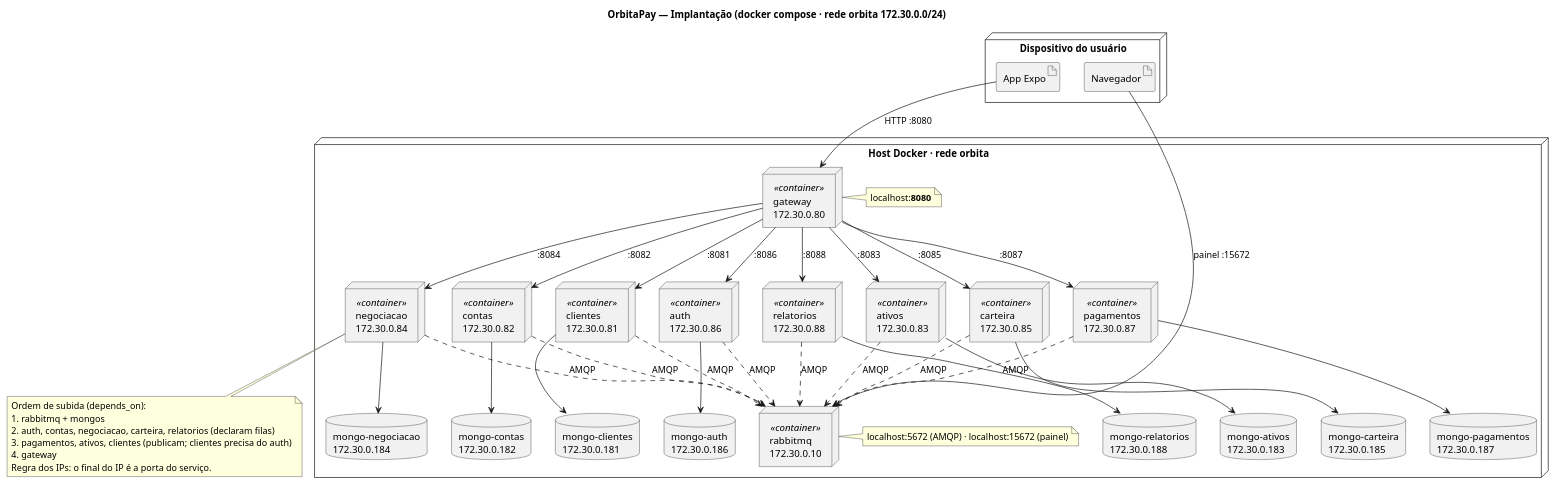
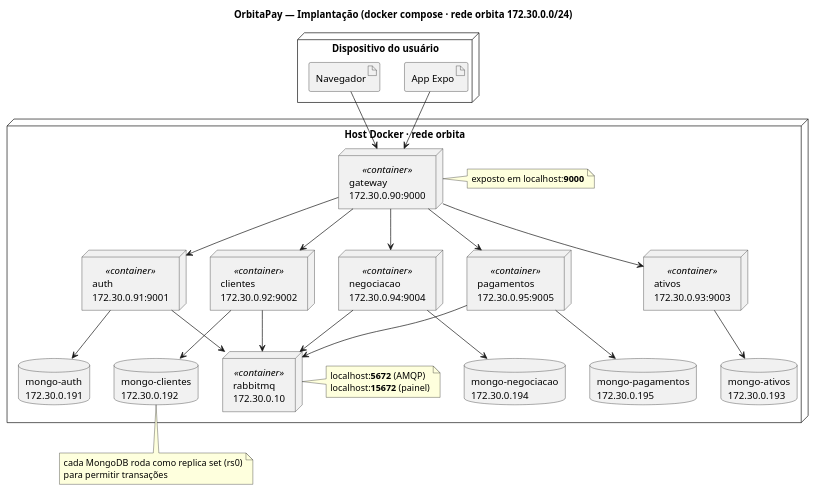
One commit to Endrigogustavo/OrbitaPay changed the diagram in docs/plantuml/03-implantacao.puml. Above: the diagram before and after it, drawn with PlantUML. The commit also changed 788 other files, not shown here.

First line of the commit message:
refactor(backend): rewrite as 6 clean-architecture microservices

```diff
--- a/docs/plantuml/03-implantacao.puml
+++ b/docs/plantuml/03-implantacao.puml
@@ -1,75 +1,55 @@
 @startuml 03-implantacao
 title OrbitaPay — Implantação (docker compose · rede orbita 172.30.0.0/24)
 
 skinparam shadowing false
 skinparam defaultFontName "Segoe UI"
 
 node "Dispositivo do usuário" {
   artifact "App Expo" as app
   artifact "Navegador" as nav
 }
 
 node "Host Docker · rede orbita" {
-  node "gateway\n172.30.0.80" as gw <<container>>
-  note right of gw : localhost:**8080**
+  node "gateway\n172.30.0.90:9000" as gw <<container>>
+  note right of gw : exposto em localhost:**9000**
+
+  node "auth\n172.30.0.91:9001" as aut <<container>>
+  node "clientes\n172.30.0.92:9002" as cli <<container>>
+  node "ativos\n172.30.0.93:9003" as atv <<container>>
+  node "negociacao\n172.30.0.94:9004" as neg <<container>>
+  node "pagamentos\n172.30.0.95:9005" as pag <<container>>
 
   node "rabbitmq\n172.30.0.10" as mq <<container>>
-  note right of mq : localhost:5672 (AMQP) · localhost:15672 (painel)
+  note right of mq : localhost:**5672** (AMQP)\nlocalhost:**15672** (painel)
 
-  node "auth\n172.30.0.86" as aut <<container>>
-  node "clientes\n172.30.0.81" as cli <<container>>
-  node "contas\n172.30.0.82" as con <<container>>
-  node "ativos\n172.30.0.83" as atv <<container>>
-  node "negociacao\n172.30.0.84" as neg <<container>>
-  node "carteira\n172.30.0.85" as car <<container>>
-  node "pagamentos\n172.30.0.87" as pag <<container>>
-  node "relatorios\n172.30.0.88" as rel <<container>>
-
-  database "mongo-auth\n172.30.0.186" as m0
-  database "mongo-clientes\n172.30.0.181" as m1
-  database "mongo-contas\n172.30.0.182" as m2
-  database "mongo-ativos\n172.30.0.183" as m3
-  database "mongo-negociacao\n172.30.0.184" as m4
-  database "mongo-carteira\n172.30.0.185" as m5
-  database "mongo-pagamentos\n172.30.0.187" as m6
-  database "mongo-relatorios\n172.30.0.188" as m7
+  database "mongo-auth\n172.30.0.191" as mauth
+  database "mongo-clientes\n172.30.0.192" as mcli
+  database "mongo-ativos\n172.30.0.193" as matv
+  database "mongo-negociacao\n172.30.0.194" as mneg
+  database "mongo-pagamentos\n172.30.0.195" as mpag
 }
 
-app --> gw : HTTP :8080
-nav --> mq : painel :15672
-gw --> aut : :8086
-gw --> cli : :8081
-gw --> con : :8082
-gw --> atv : :8083
-gw --> neg : :8084
-gw --> car : :8085
-gw --> pag : :8087
-gw --> rel : :8088
+app --> gw
+nav --> gw
+gw --> aut
+gw --> cli
+gw --> atv
+gw --> neg
+gw --> pag
 
-aut --> m0
-cli --> m1
-con --> m2
-atv --> m3
-neg --> m4
-car --> m5
-pag --> m6
-rel --> m7
+aut --> mauth
+cli --> mcli
+atv --> matv
+neg --> mneg
+pag --> mpag
 
-aut ..> mq : AMQP
-cli ..> mq : AMQP
-con ..> mq : AMQP
-atv ..> mq : AMQP
-neg ..> mq : AMQP
-car ..> mq : AMQP
-pag ..> mq : AMQP
-rel ..> mq : AMQP
+aut --> mq
+cli --> mq
+neg --> mq
+pag --> mq
 
-note bottom of neg
-  Ordem de subida (depends_on):
-  1. rabbitmq + mongos
-  2. auth, contas, negociacao, carteira, relatorios (declaram filas)
-  3. pagamentos, ativos, clientes (publicam; clientes precisa do auth)
-  4. gateway
-  Regra dos IPs: o final do IP é a porta do serviço.
+note bottom of mcli
+  cada MongoDB roda como replica set (rs0)
+  para permitir transações
 end note
 @enduml
```
